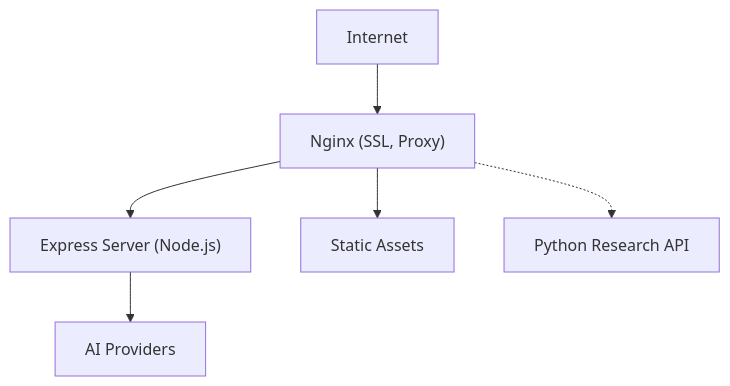
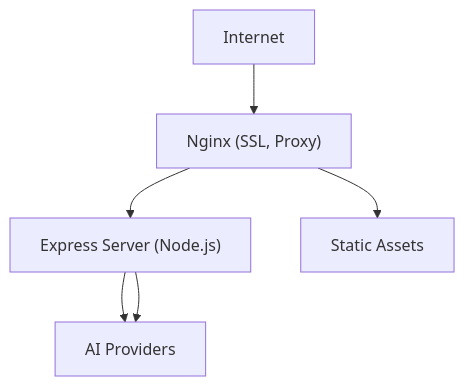
Before and after one commit to RunTimeAdmin/tri-ai: diagram 11 of 11 in .qoder/repowiki/en/content/System Architecture/System Architecture.md, drawn with Mermaid. The commit also changed other lines of this file and 21 other files, not shown here.

````diff
--- a/.qoder/repowiki/en/content/System Architecture/System Architecture.md
+++ b/.qoder/repowiki/en/content/System Architecture/System Architecture.md
@@ -397,8 +446,8 @@
 ```mermaid
 graph TB
 Internet["Internet"] --> Nginx["Nginx (SSL, Proxy)"]
 Nginx --> Express["Express Server (Node.js)"]
 Express --> Providers["AI Providers"]
 Nginx --> Static["Static Assets"]
-Nginx -.-> Research["Python Research API"]
+Express --> Providers
 ```
````
